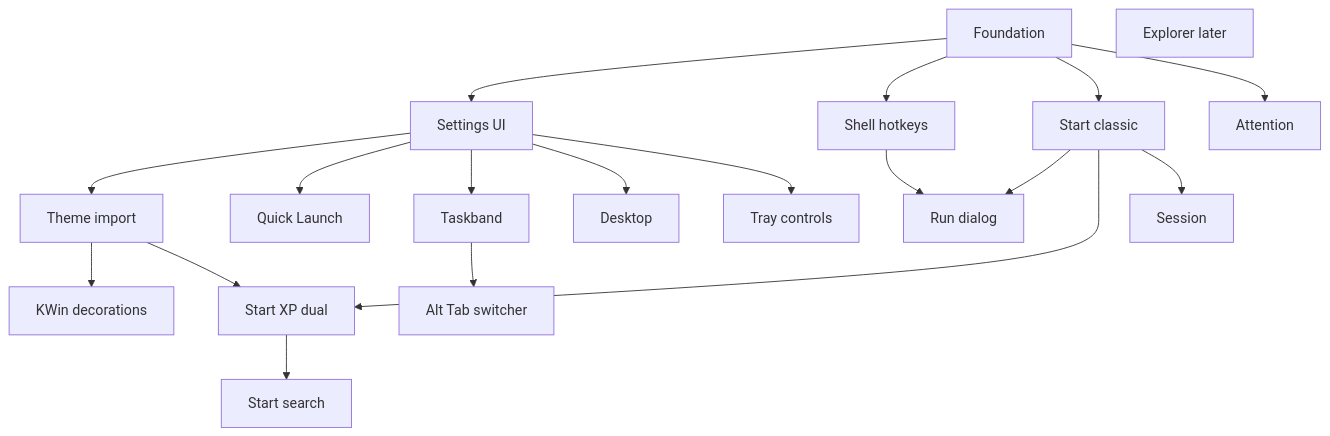
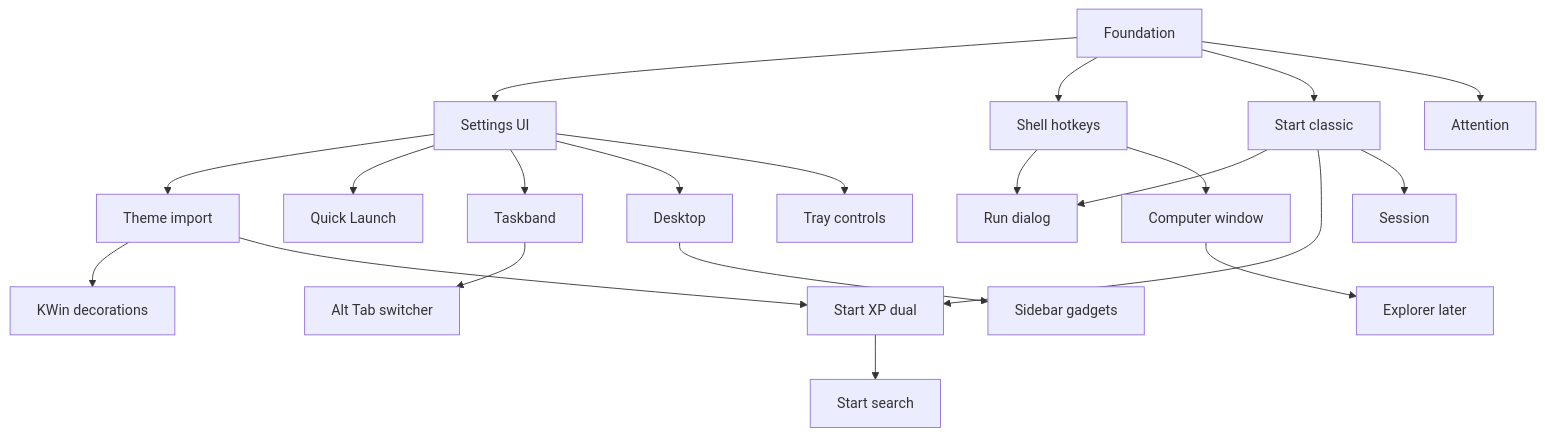
The first of 2 diagrams in docs/ROADMAP.md (freitagdavid/QuickXP), drawn with Mermaid before and after one commit. The commit also changed other lines of this file and 230 other files, not shown here.

````diff
--- a/docs/ROADMAP.md
+++ b/docs/ROADMAP.md
@@ -35,37 +37,42 @@
 ```mermaid
 flowchart TB
   foundation[Foundation]
   settings[Settings UI]
   themes[Theme import]
   kwinDeco[KWin decorations]
   hotkeys[Shell hotkeys]
   runDlg[Run dialog]
   classic[Start classic]
   xpStart[Start XP dual]
   search[Start search]
   ql[Quick Launch]
   taskband[Taskband]
   trayCtl[Tray controls]
   altTab[Alt Tab switcher]
   desktop[Desktop]
+  sidebar[Sidebar gadgets]
   attention[Attention]
   session[Session]
+  computer[Computer window]
   explorer[Explorer later]
   foundation --> settings
   settings --> themes
   themes --> kwinDeco
   foundation --> hotkeys
   foundation --> classic
   classic --> runDlg
   hotkeys --> runDlg
   classic --> xpStart
   xpStart --> search
   classic --> session
   settings --> ql
   settings --> taskband
   settings --> desktop
+  desktop --> sidebar
   settings --> trayCtl
   taskband --> altTab
   foundation --> attention
   themes --> xpStart
+  hotkeys --> computer
+  computer --> explorer
 ```
````
